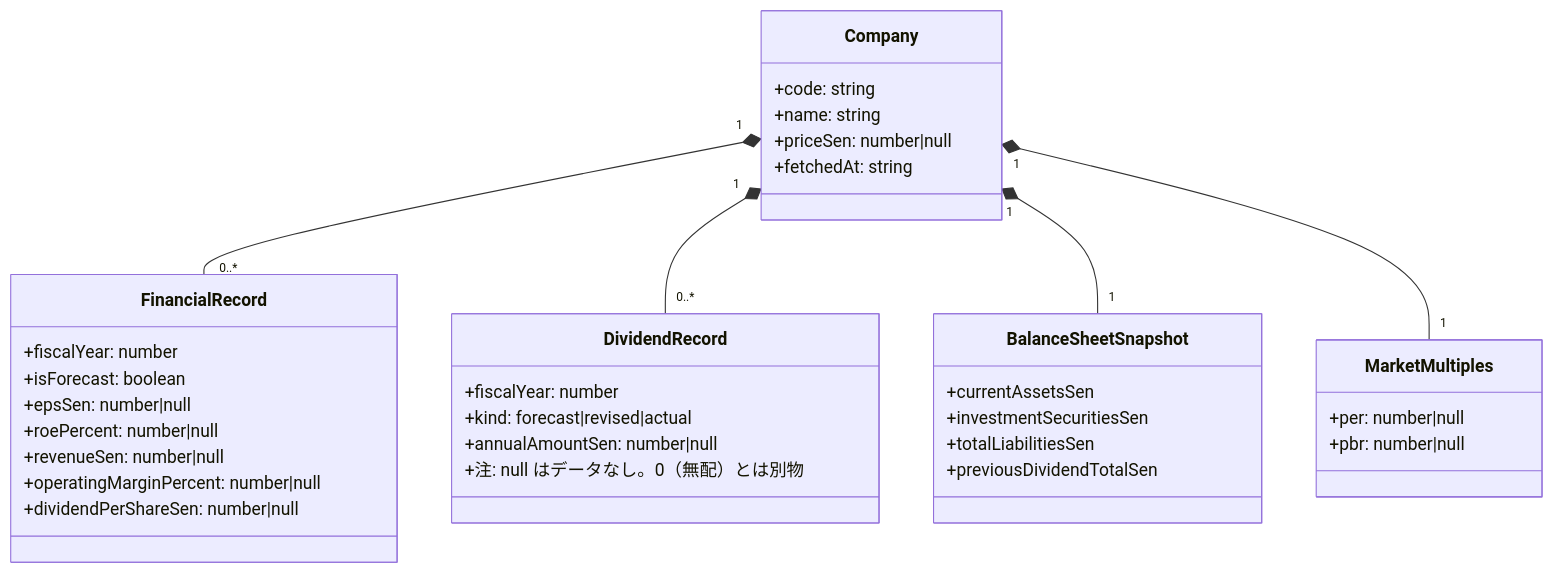
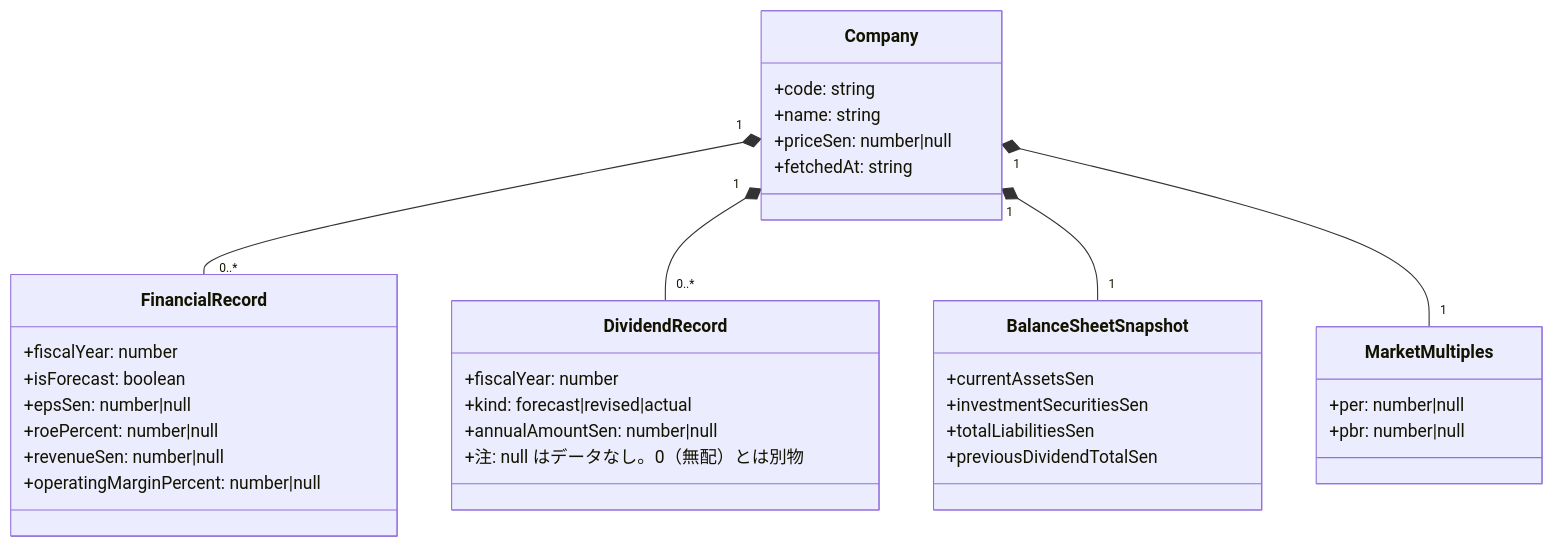
Before and after one commit to atmark-shohei/DividendStockAnalysis: the second of 3 diagrams in docs/domain-model.md, drawn with Mermaid. The commit also changed other lines of this file and 22 other files, not shown here.

````diff
--- a/docs/domain-model.md
+++ b/docs/domain-model.md
@@ -27,38 +27,37 @@
 ```mermaid
 classDiagram
   class Company {
     +code: string
     +name: string
     +priceSen: number|null
     +fetchedAt: string
   }
   class FinancialRecord {
     +fiscalYear: number
     +isForecast: boolean
     +epsSen: number|null
     +roePercent: number|null
     +revenueSen: number|null
     +operatingMarginPercent: number|null
-    +dividendPerShareSen: number|null
   }
   class DividendRecord {
     +fiscalYear: number
     +kind: forecast|revised|actual
     +annualAmountSen: number|null
     +注: null はデータなし。0（無配）とは別物
   }
   class BalanceSheetSnapshot {
     +currentAssetsSen
     +investmentSecuritiesSen
     +totalLiabilitiesSen
     +previousDividendTotalSen
   }
   class MarketMultiples {
     +per: number|null
     +pbr: number|null
   }
   Company "1" *-- "0..*" FinancialRecord
   Company "1" *-- "0..*" DividendRecord
   Company "1" *-- "1" BalanceSheetSnapshot
   Company "1" *-- "1" MarketMultiples
 ```
````
